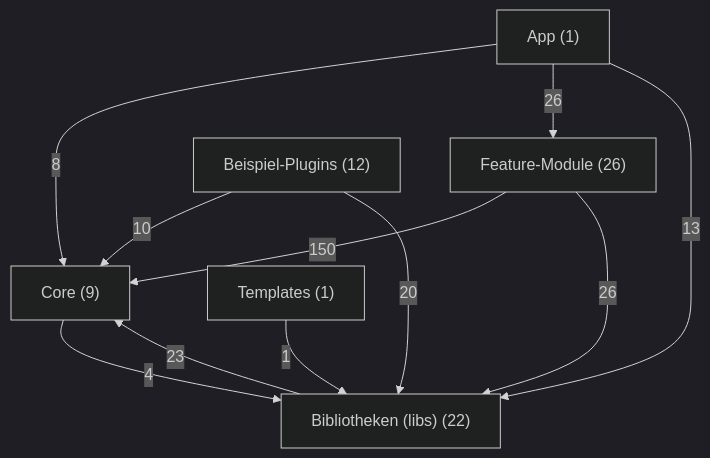
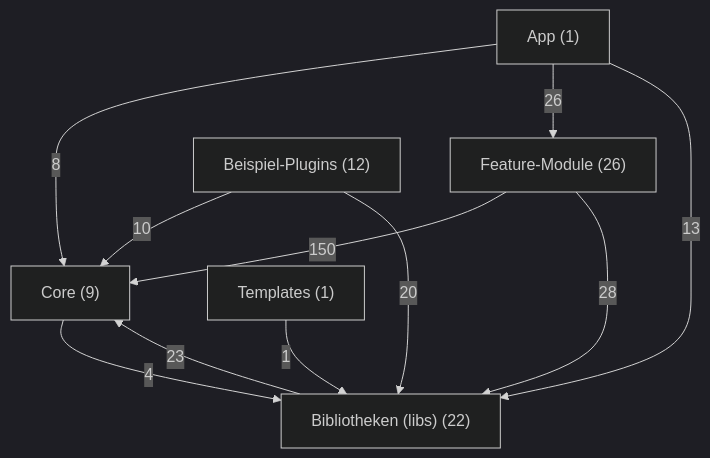
The first of 2 diagrams in docs/dev/module-graph.md (scto/CodeForgeMobile), drawn with Mermaid (dark theme) before and after one commit. The commit also changed other lines of this file and 12 other files, not shown here.

````diff
--- a/docs/dev/module-graph.md
+++ b/docs/dev/module-graph.md
@@ -9,19 +9,19 @@
 ```mermaid
 flowchart TD
     app["App (1)"]
     feature["Feature-Module (26)"]
     core["Core (9)"]
     libs["Bibliotheken (libs) (22)"]
     examples["Beispiel-Plugins (12)"]
     templates["Templates (1)"]
     app -->|8| core
     app -->|26| feature
     app -->|13| libs
     core -->|4| libs
     examples -->|10| core
     examples -->|20| libs
     feature -->|150| core
-    feature -->|26| libs
+    feature -->|28| libs
     libs -->|23| core
     templates -->|1| libs
 ```
````
